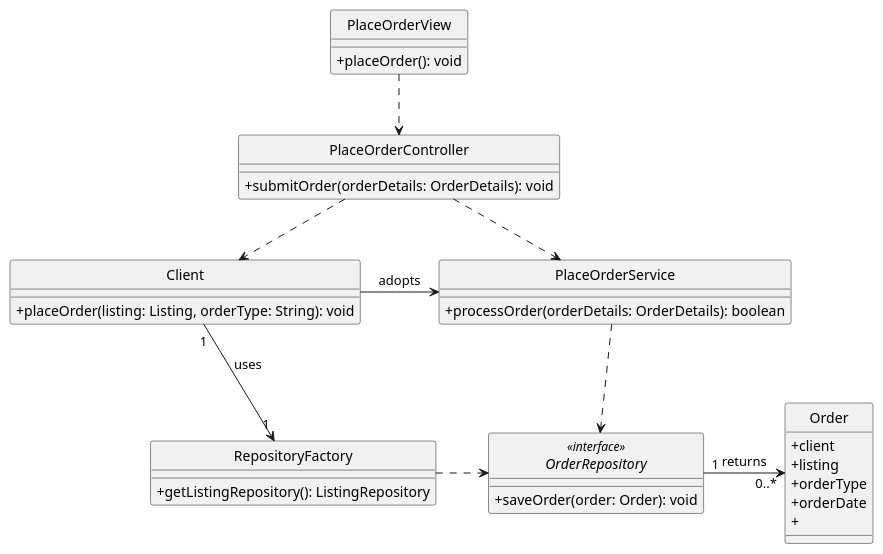
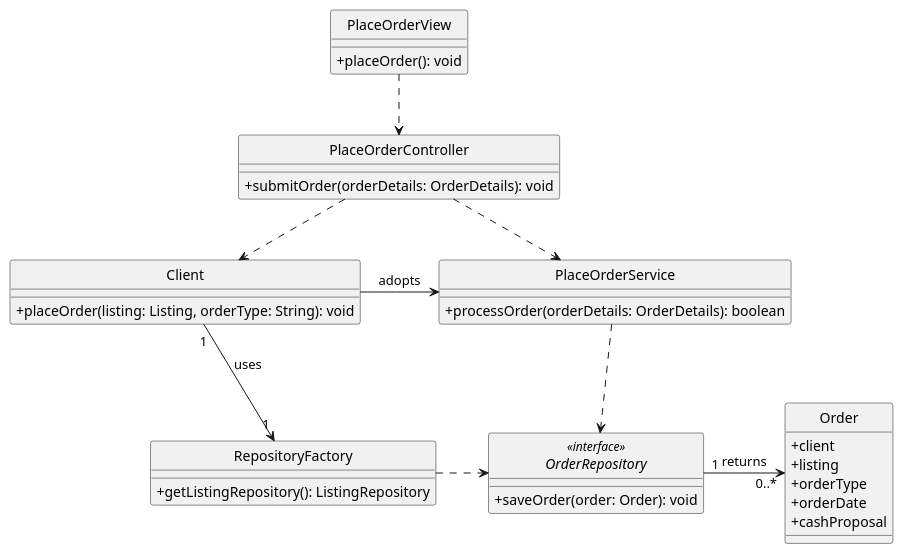
The diagram in docs/Sprint4/US32/US32-CD.puml (goncalomaia18/leti-esoft-24-25-A2), drawn with PlantUML before and after one commit. The commit also changed 5 other files, not shown here.

```diff
--- a/docs/Sprint4/US32/US32-CD.puml
+++ b/docs/Sprint4/US32/US32-CD.puml
@@ -1,44 +1,44 @@
 @startuml
 hide circle
 skinparam classAttributeIconSize 0
 
 class PlaceOrderView {
   +placeOrder(): void
 }
 
 class PlaceOrderController {
   +submitOrder(orderDetails: OrderDetails): void
 }
 
 class PlaceOrderService {
   +processOrder(orderDetails: OrderDetails): boolean
 }
 
 interface OrderRepository <<interface>> {
   +saveOrder(order: Order): void
 }
 
 
 class Order {
   +client
   +listing
   +orderType
   +orderDate
-  +
+  +cashProposal
 }
 
 class Client {
    +placeOrder(listing: Listing, orderType: String): void
 }
 class RepositoryFactory{
   +getListingRepository(): ListingRepository
 }
 Client "1" -down-> "1" RepositoryFactory:  uses
 Client -> PlaceOrderService :  adopts
 OrderRepository "1" -right-> "0..*" Order:  returns
 PlaceOrderController ..> Client
 PlaceOrderView ..> PlaceOrderController
 PlaceOrderController ..> PlaceOrderService
 PlaceOrderService ..> OrderRepository
 RepositoryFactory .right.> OrderRepository
 @enduml
```
